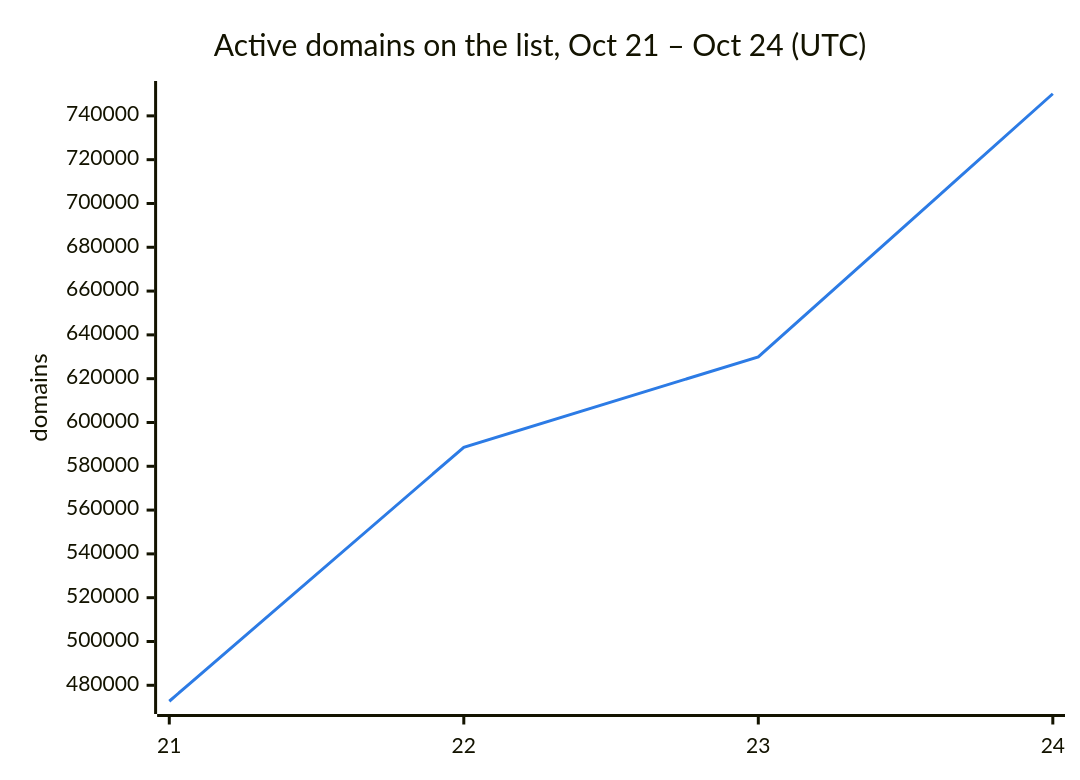
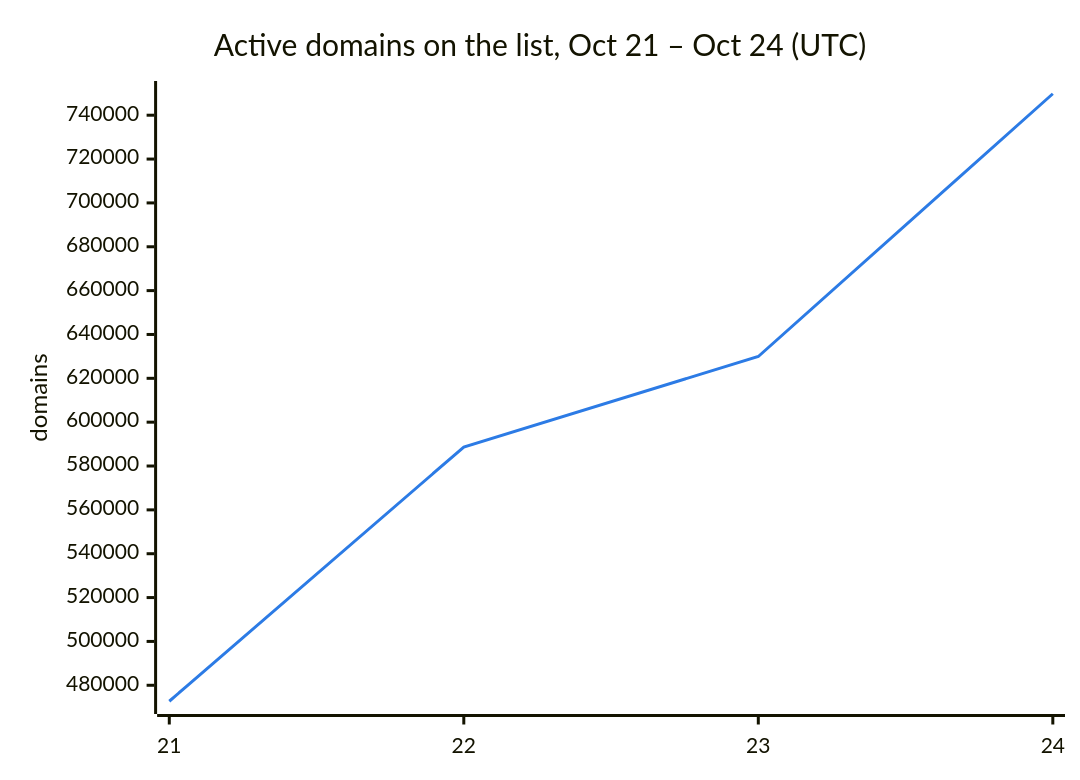
One commit to DNSBunker/CTI changed the second of 3 diagrams in README.md. Above: the diagram before and after it, drawn with Mermaid. The commit also changed other lines of this file and 3 other files, not shown here.

````diff
--- a/README.md
+++ b/README.md
@@ -38,8 +38,8 @@
 ```mermaid
 %%{init: {"themeVariables": {"xyChart": {"plotColorPalette": "#2c7be5"}}}}%%
 xychart-beta
     title "Active domains on the list, Oct 21 – Oct 24 (UTC)"
     x-axis ["21", "22", "23", "24"]
     y-axis "domains"
-    line [472713, 588659, 629951, 750098]
+    line [472713, 588659, 629951, 749789]
 ```
````
